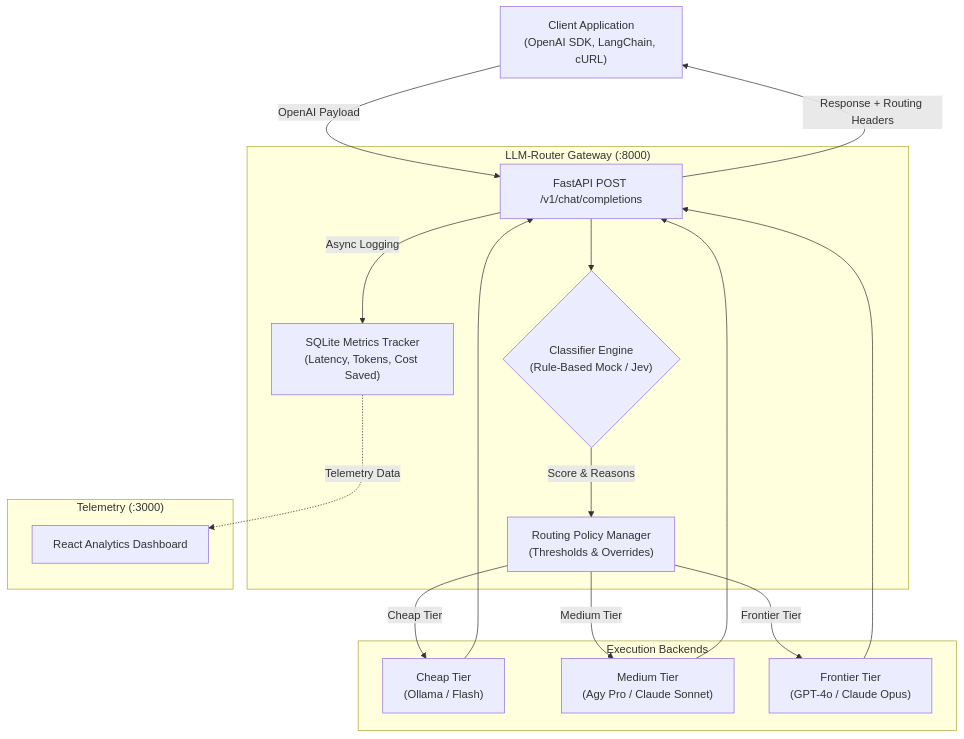
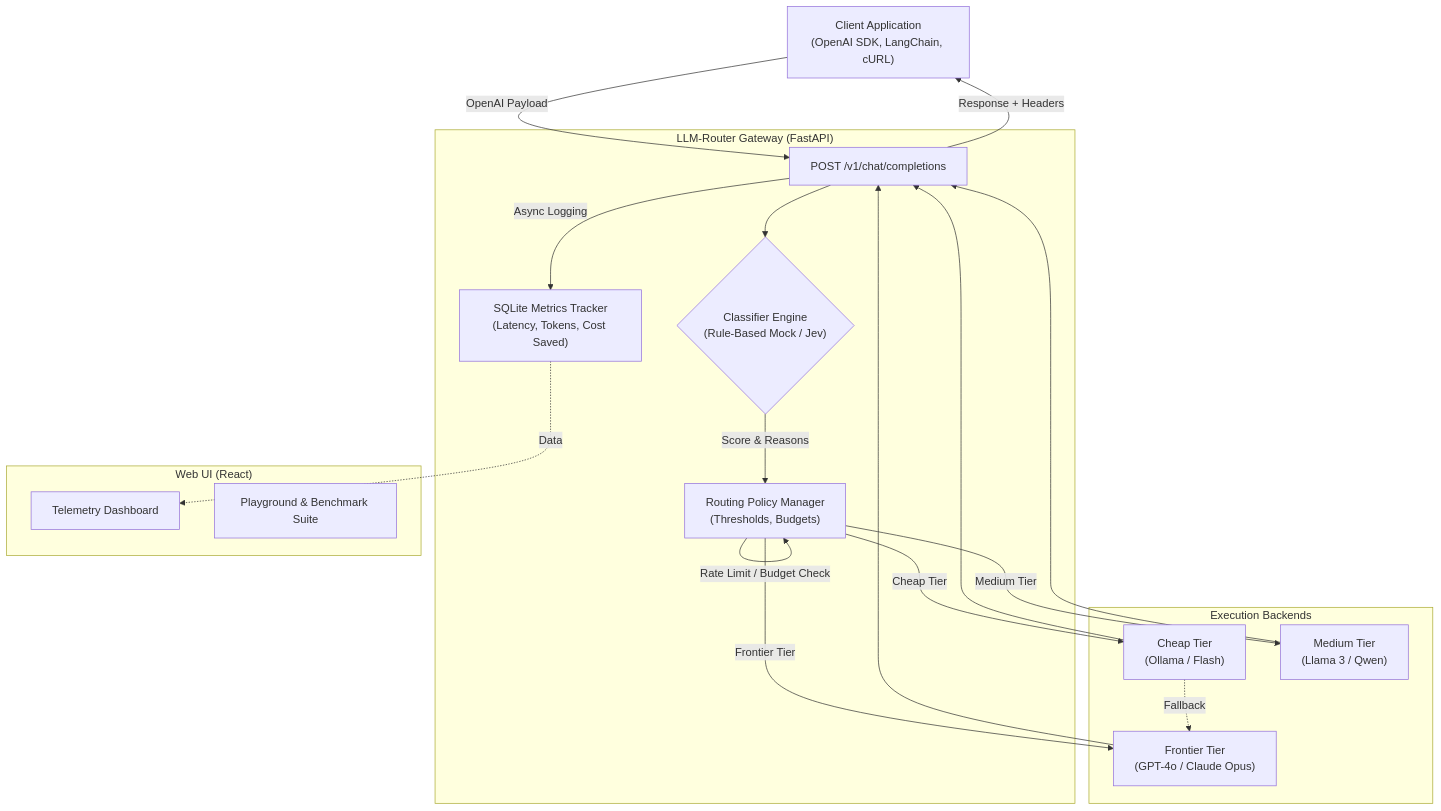
The diagram in README.md (Ricos33/LLM-Router), drawn with Mermaid before and after one commit. The commit also changed other lines of this file and 1 other file, not shown here.

````diff
--- a/README.md
+++ b/README.md
@@ -27,41 +47,37 @@
 ```mermaid
 flowchart TD
-    Client["Client Application
-(OpenAI SDK, LangChain, cURL)"]
+    Client["Client Application\n(OpenAI SDK, LangChain, cURL)"]
     
-    subgraph Gateway ["LLM-Router Gateway (:8000)"]
-        API["FastAPI POST /v1/chat/completions"]
-        Classifier{"Classifier Engine
-(Rule-Based Mock / Jev)"}
-        Policy["Routing Policy Manager
-(Thresholds & Overrides)"]
-        Metrics["SQLite Metrics Tracker
-(Latency, Tokens, Cost Saved)"]
+    subgraph Gateway ["LLM-Router Gateway (FastAPI)"]
+        API["POST /v1/chat/completions"]
+        Classifier{"Classifier Engine\n(Rule-Based Mock / Jev)"}
+        Policy["Routing Policy Manager\n(Thresholds, Budgets)"]
+        Metrics["SQLite Metrics Tracker\n(Latency, Tokens, Cost Saved)"]
     end
     
     subgraph Backends ["Execution Backends"]
-        Cheap["Cheap Tier
-(Ollama / Flash)"]
-        Medium["Medium Tier
-(Agy Pro / Claude Sonnet)"]
-        Frontier["Frontier Tier
-(GPT-4o / Claude Opus)"]
+        Cheap["Cheap Tier\n(Ollama / Flash)"]
+        Medium["Medium Tier\n(Llama 3 / Qwen)"]
+        Frontier["Frontier Tier\n(GPT-4o / Claude Opus)"]
     end
     
-    subgraph Analytics ["Telemetry (:3000)"]
-        Dashboard["React Analytics Dashboard"]
+    subgraph Analytics ["Web UI (React)"]
+        Dashboard["Telemetry Dashboard"]
+        Playground["Playground & Benchmark Suite"]
     end
 
     Client -->|OpenAI Payload| API
     API --> Classifier
     Classifier -->|Score & Reasons| Policy
+    Policy -->|Rate Limit / Budget Check| Policy
     Policy -->|Cheap Tier| Cheap
     Policy -->|Medium Tier| Medium
     Policy -->|Frontier Tier| Frontier
+    Cheap -.->|Fallback| Frontier
     Cheap --> API
     Medium --> API
     Frontier --> API
     API -->|Async Logging| Metrics
-    Metrics -.->|Telemetry Data| Dashboard
-    API -->|Response + Routing Headers| Client
+    Metrics -.->|Data| Dashboard
+    API -->|Response + Headers| Client
 ```
````
